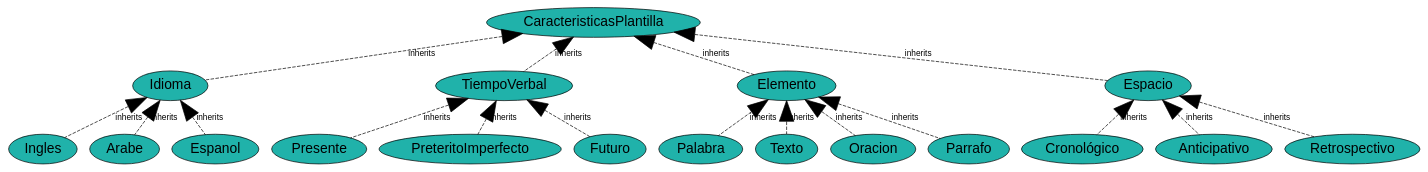
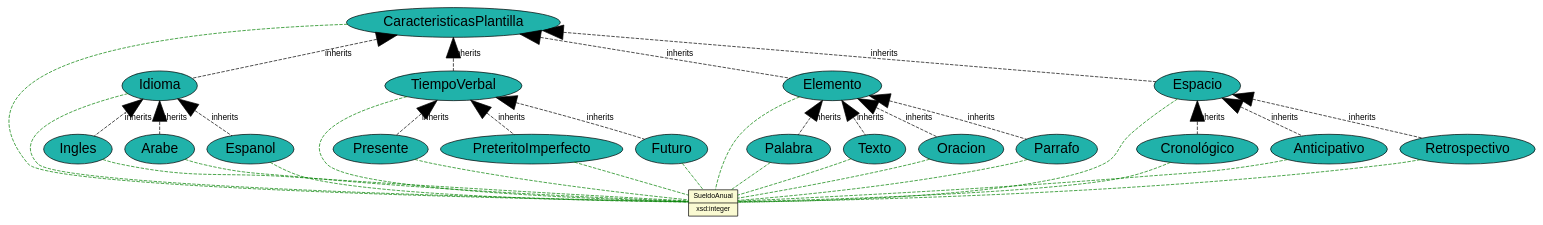
Before and after one commit to JuanCasado/Lenguajes: the diagram in Output/csv_dot1_characteristics.dot, drawn with Graphviz. The commit also changed 14 other files, not shown here.

```diff
--- a/Output/csv_dot1_characteristics.dot
+++ b/Output/csv_dot1_characteristics.dot
@@ -1,71 +1,91 @@
 graph characteristics{
 	//Defecto
 	node [fontname="Arial"];
 	edge [fontname="Arial",fontsize=12];
 
 	//PROPERTIES
 	  node [shape="record",style="filled",fillcolor="lightgoldenrodyellow",fontsize="10"]
 	
+	property_SueldoAnual [label="{SueldoAnual|xsd:integer}"];
 
 	//CLASES
 	node [shape="ellipse",style="filled",fillcolor="lightseagreen",fontsize="20"]	
 	
 	class_Palabra [label="Palabra"];
 	class_Cronológico [label="Cronológico"];
 	class_Presente [label="Presente"];
 	class_Anticipativo [label="Anticipativo"];
 	class_Idioma [label="Idioma"];
 	class_TiempoVerbal [label="TiempoVerbal"];
 	class_Retrospectivo [label="Retrospectivo"];
 	class_Texto [label="Texto"];
 	class_Oracion [label="Oracion"];
 	class_Ingles [label="Ingles"];
 	class_PreteritoImperfecto [label="PreteritoImperfecto"];
 	class_Elemento [label="Elemento"];
 	class_CaracteristicasPlantilla [label="CaracteristicasPlantilla"];
 	class_Arabe [label="Arabe"];
 	class_Espanol [label="Espanol"];
 	class_Futuro [label="Futuro"];
 	class_Espacio [label="Espacio"];
 	class_Parrafo [label="Parrafo"];
 
 	//RELACIONES
 	node [shape="hexagon",style="filled",fillcolor="paleturquoise",fontsize="15"]	
 	
 
 	//CLASE -- PROPIEDAD
 
-edge[style="dashed",len="3",color="grey"]	
+edge[style="dashed",len="3",color="grey"]	edge[color="green", ]
+
+	class_CaracteristicasPlantilla -- property_SueldoAnual;
+	class_Idioma -- property_SueldoAnual
+	class_TiempoVerbal -- property_SueldoAnual
+	class_Espacio -- property_SueldoAnual
+	class_Elemento -- property_SueldoAnual
+	class_Espanol -- property_SueldoAnual
+	class_Ingles -- property_SueldoAnual
+	class_Arabe -- property_SueldoAnual
+	class_Presente -- property_SueldoAnual
+	class_Futuro -- property_SueldoAnual
+	class_PreteritoImperfecto -- property_SueldoAnual
+	class_Cronológico -- property_SueldoAnual
+	class_Retrospectivo -- property_SueldoAnual
+	class_Anticipativo -- property_SueldoAnual
+	class_Texto -- property_SueldoAnual
+	class_Parrafo -- property_SueldoAnual
+	class_Oracion -- property_SueldoAnual
+	class_Palabra -- property_SueldoAnual
 
 	//RELACION -- PROPIEDAD
 	
 
 	// uso indirecto de definición de tipos
 	edge[style="dotted",arrowhead="vee",dir="forward",arrowsize="2"];
 
 	// asociaciones a través de atributos marcadas de forma directa
 	edge[fontcolor="orangered", color="orangered", style="dashed", arrowhead="vee",dir="forward",arrowsize="2"];
 
 	// herencias
 	edge[len="5"fontcolor="black",color="black",arrowhead="normal",arrowsize="3",dir="back",]	class_CaracteristicasPlantilla -- class_Idioma [label="inherits"];
 	class_Idioma -- class_Espanol [label="inherits"];
 	class_Idioma -- class_Ingles [label="inherits"];
 	class_Idioma -- class_Arabe [label="inherits"];
 	class_CaracteristicasPlantilla -- class_TiempoVerbal [label="inherits"];
 	class_TiempoVerbal -- class_Presente [label="inherits"];
 	class_TiempoVerbal -- class_Futuro [label="inherits"];
 	class_TiempoVerbal -- class_PreteritoImperfecto [label="inherits"];
 	class_CaracteristicasPlantilla -- class_Espacio [label="inherits"];
 	class_Espacio -- class_Cronológico [label="inherits"];
 	class_Espacio -- class_Retrospectivo [label="inherits"];
 	class_Espacio -- class_Anticipativo [label="inherits"];
 	class_CaracteristicasPlantilla -- class_Elemento [label="inherits"];
 	class_Elemento -- class_Texto [label="inherits"];
 	class_Elemento -- class_Parrafo [label="inherits"];
 	class_Elemento -- class_Oracion [label="inherits"];
 	class_Elemento -- class_Palabra [label="inherits"];
 
 	// enlaces de relaciones
 	edge[len="2",penwidth="3",color="blue",fontcolor="blue",dir="forward",arrowhead="normal"]
 
 }
```
